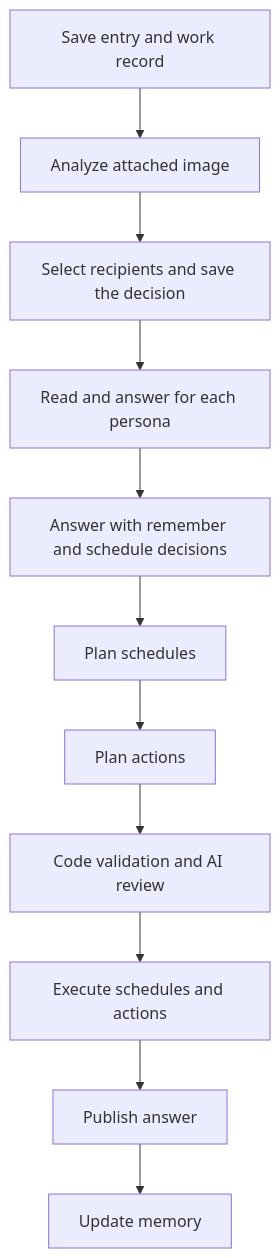
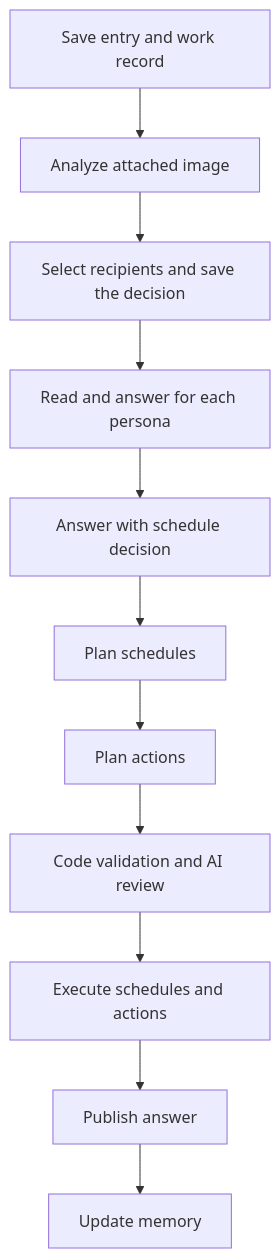
Before and after one commit to takeshy/kakeratta: the diagram in docs/technical.md, drawn with Mermaid. The commit also changed other lines of this file and 18 other files, not shown here.

````diff
--- a/docs/technical.md
+++ b/docs/technical.md
@@ -347,13 +347,13 @@
 ```mermaid
 flowchart TD
   A[Save entry and work record] --> B[Analyze attached image]
   B --> C[Select recipients and save the decision]
   C --> D[Read and answer for each persona]
-  D --> E[Answer with remember and schedule decisions]
+  D --> E[Answer with schedule decision]
   E --> F[Plan schedules]
   F --> G[Plan actions]
   G --> H[Code validation and AI review]
   H --> I[Execute schedules and actions]
   I --> J[Publish answer]
   J --> K[Update memory]
 ```
````
